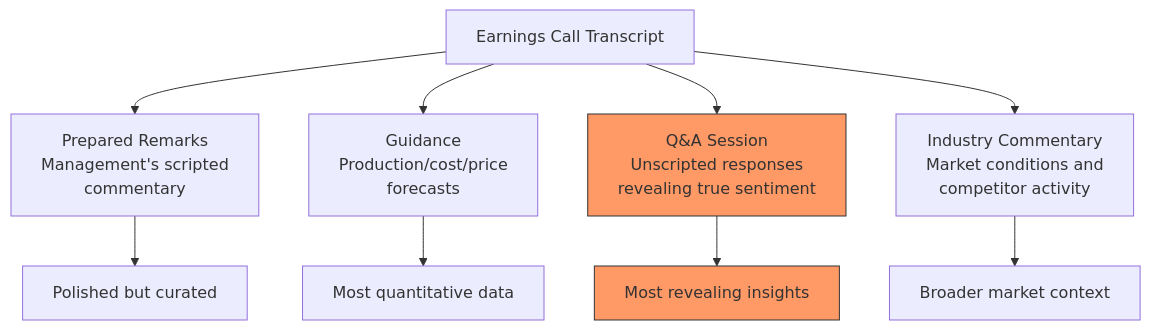
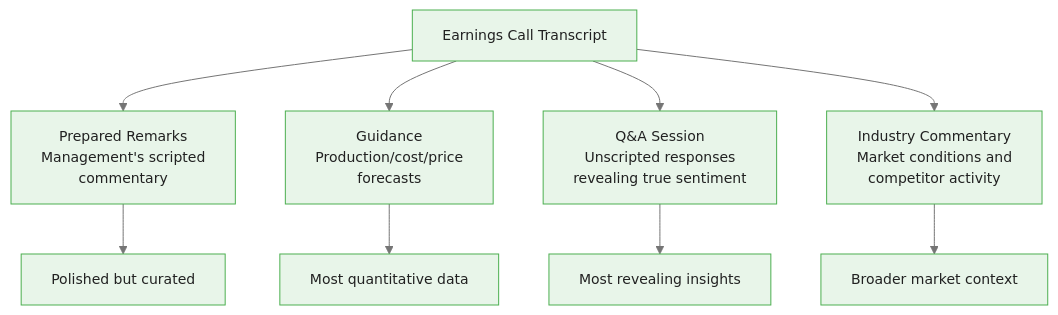
The second of 5 diagrams in courses/genai-commodities/modules/module_01_report_processing/guides/03_earnings_transcripts_slides.md (m-deane/course-creator), drawn with Mermaid before and after one commit. The commit also changed other lines of this file and 84 other files, not shown here.

````diff
--- a/courses/genai-commodities/modules/module_01_report_processing/guides/03_earnings_transcripts_slides.md
+++ b/courses/genai-commodities/modules/module_01_report_processing/guides/03_earnings_transcripts_slides.md
@@ -59,15 +63,13 @@
 ```mermaid
+%%{init: {"theme": "base", "themeVariables": {"primaryColor": "#e8f5e9", "primaryBorderColor": "#4caf50", "primaryTextColor": "#212121", "secondaryColor": "#e3f2fd", "tertiaryColor": "#fff8e1", "lineColor": "#757575", "fontFamily": "Inter, sans-serif", "fontSize": "14px"}}}%%
 flowchart TD
     A[Earnings Call Transcript] --> B[Prepared Remarks<br/>Management's scripted<br/>commentary]
     A --> C[Guidance<br/>Production/cost/price<br/>forecasts]
     A --> D[Q&A Session<br/>Unscripted responses<br/>revealing true sentiment]
     A --> E[Industry Commentary<br/>Market conditions and<br/>competitor activity]
 
     B --> F[Polished but curated]
     C --> G[Most quantitative data]
     D --> H[Most revealing insights]
     E --> I[Broader market context]
-
-    style D fill:#f96,stroke:#333
-    style H fill:#f96,stroke:#333
 ```
````
